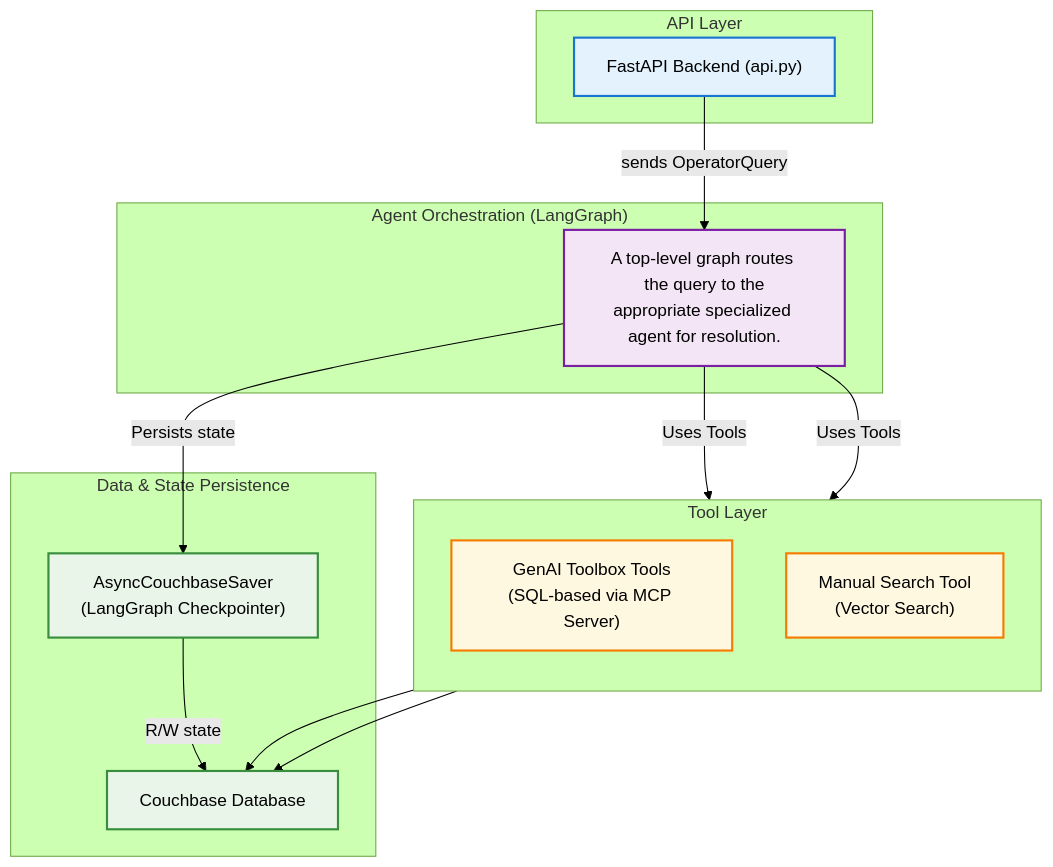
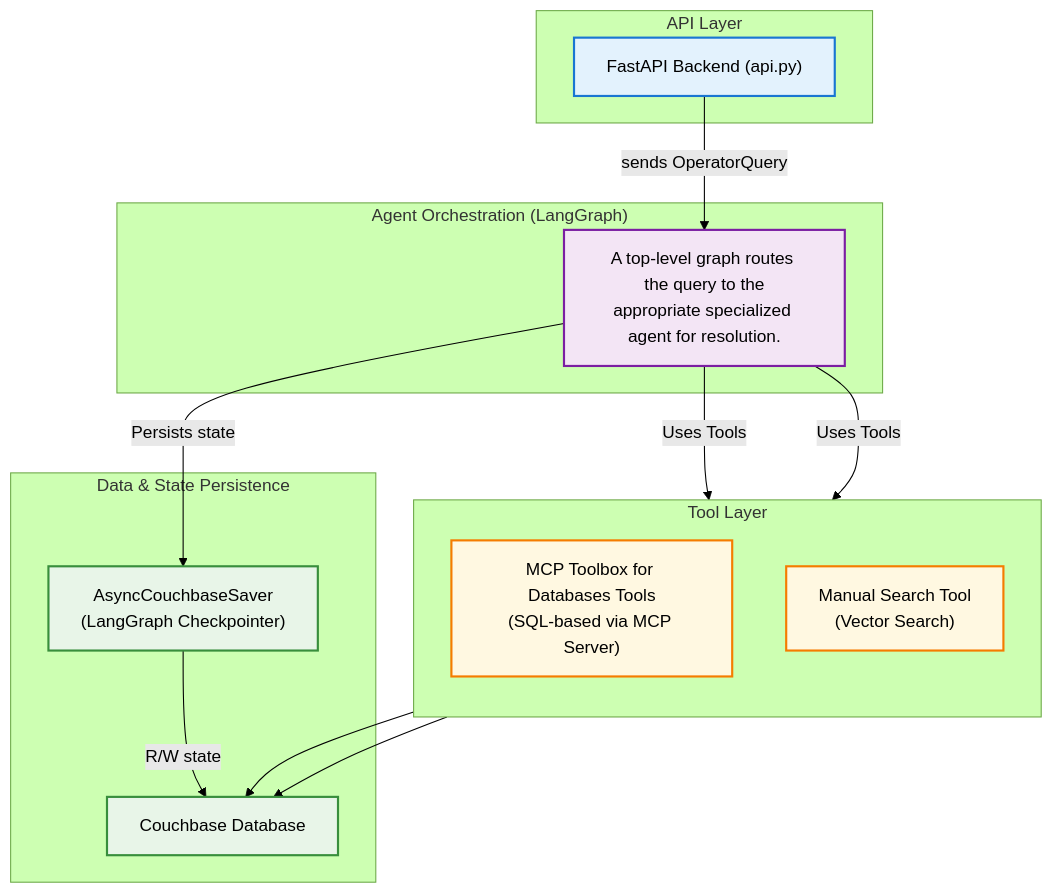
One commit to couchbase-examples/couchbase-google-mcp-toolbox-demo changed the first of 2 diagrams in README.md. Above: the diagram before and after it, drawn with Mermaid (forest theme). The commit also changed other lines of this file and 1 other file, not shown here.

````diff
--- a/README.md
+++ b/README.md
@@ -17,42 +17,42 @@
 ```mermaid
 graph TD
     subgraph "API Layer"
         API["FastAPI Backend (api.py)"]
     end
 
     subgraph "Agent Orchestration (LangGraph)"
         ManufacturingAgent["A top-level graph routes the query to the<br/>appropriate specialized agent for resolution."]
     end
 
     subgraph "Tool Layer"
         direction TB
-        Toolbox["GenAI Toolbox Tools<br/>(SQL-based via MCP Server)"]
+        Toolbox["MCP Toolbox for Databases Tools<br/>(SQL-based via MCP Server)"]
         ManualSearch["Manual Search Tool<br/>(Vector Search)"]
     end
     
     subgraph "Data & State Persistence"
         CouchbaseDB["Couchbase Database"]
         Checkpointer["AsyncCouchbaseSaver<br/>(LangGraph Checkpointer)"]
     end
 
     %% Connections
     API -- "sends OperatorQuery" --> ManufacturingAgent
     ManufacturingAgent -- "Uses Tools" --> Toolbox
     ManufacturingAgent -- "Uses Tools" --> ManualSearch
     ManufacturingAgent -- "Persists state" --> Checkpointer
     
     Toolbox --> CouchbaseDB
     ManualSearch --> CouchbaseDB
     Checkpointer -- "R/W state" --> CouchbaseDB
 
     %% Styling
     classDef api fill:#e3f2fd,stroke:#1976d2,stroke-width:2px
     classDef agent fill:#f3e5f5,stroke:#7b1fa2,stroke-width:2px
     classDef tools fill:#fff8e1,stroke:#f57c00,stroke-width:2px
     classDef data fill:#e8f5e8,stroke:#388e3c,stroke-width:2px
     
     class API api
     class ManufacturingAgent agent
     class Toolbox,ManualSearch tools
     class CouchbaseDB,Checkpointer data
 ```
````
